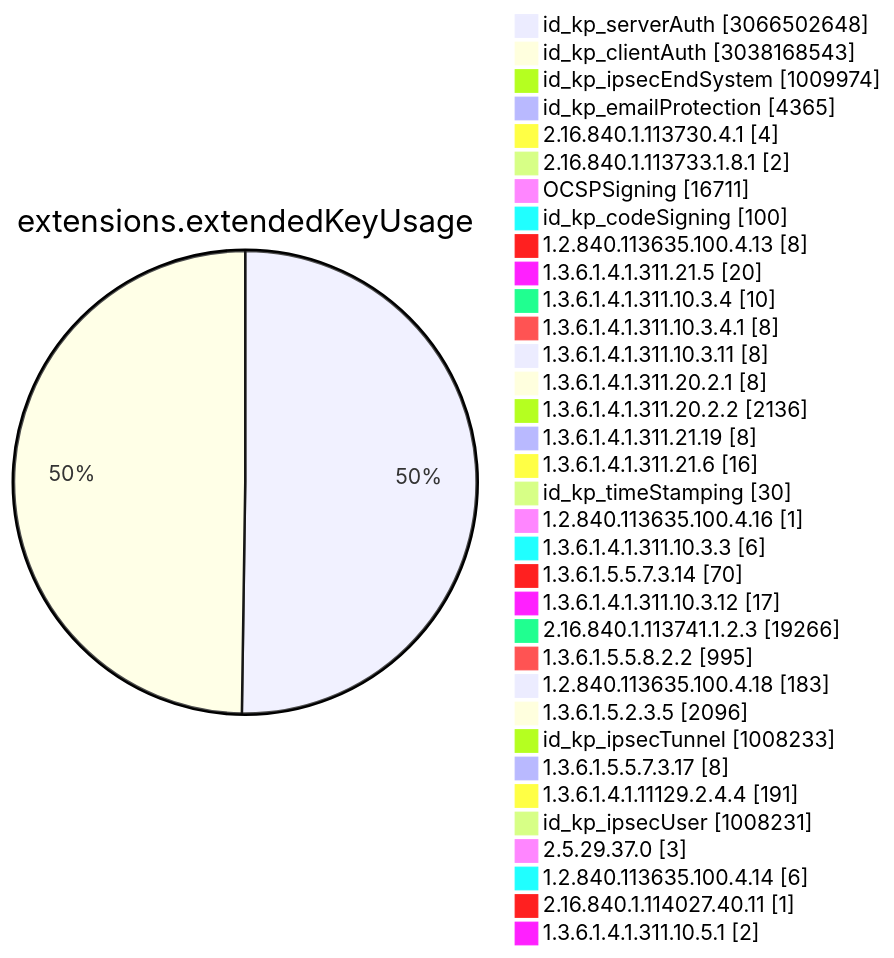
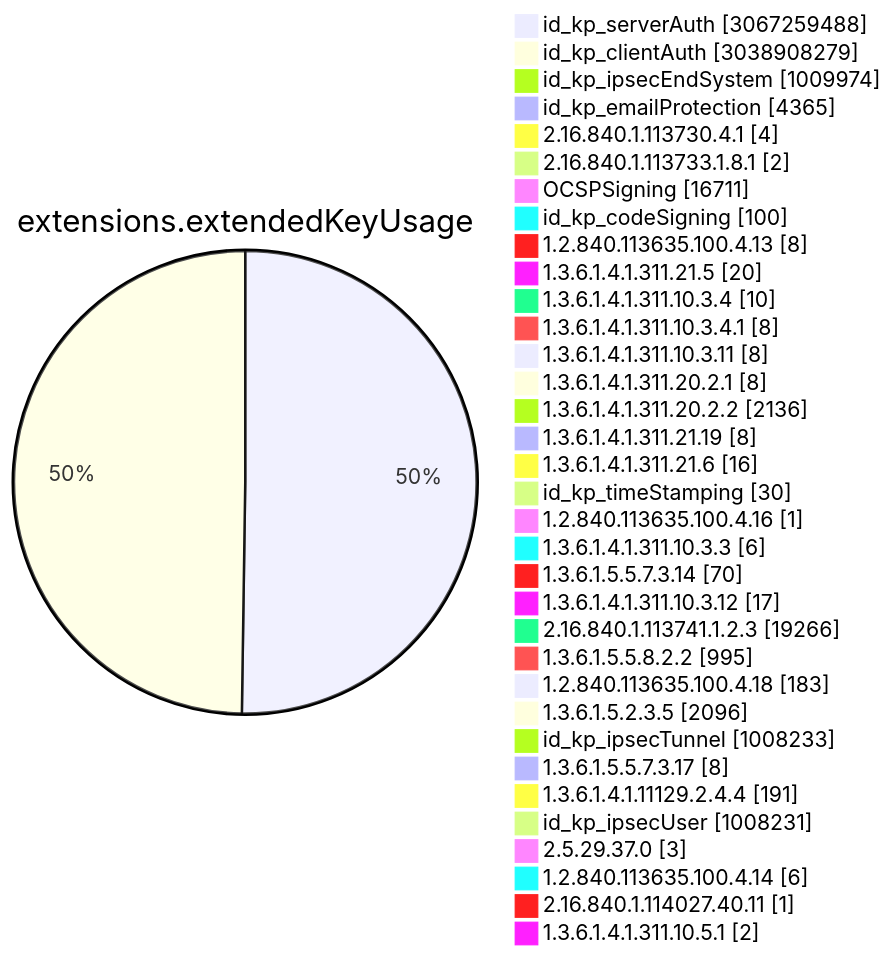
One commit to christiankrug/ctmonitor_visualization changed diagram 11 of 15 in TOTAL/README.md. Above: the diagram before and after it, drawn with Mermaid. The commit also changed other lines of this file, not shown here.

````diff
--- a/TOTAL/README.md
+++ b/TOTAL/README.md
@@ -4117,38 +4117,38 @@
 ```mermaid
 pie showData
 title extensions.extendedKeyUsage
-"id_kp_serverAuth" :3066502648
-"id_kp_clientAuth" :3038168543
+"id_kp_serverAuth" :3067259488
+"id_kp_clientAuth" :3038908279
 "id_kp_ipsecEndSystem" :1009974
 "id_kp_emailProtection" :4365
 "2.16.840.1.113730.4.1" :4
 "2.16.840.1.113733.1.8.1" :2
 "OCSPSigning" :16711
 "id_kp_codeSigning" :100
 "1.2.840.113635.100.4.13" :8
 "1.3.6.1.4.1.311.21.5" :20
 "1.3.6.1.4.1.311.10.3.4" :10
 "1.3.6.1.4.1.311.10.3.4.1" :8
 "1.3.6.1.4.1.311.10.3.11" :8
 "1.3.6.1.4.1.311.20.2.1" :8
 "1.3.6.1.4.1.311.20.2.2" :2136
 "1.3.6.1.4.1.311.21.19" :8
 "1.3.6.1.4.1.311.21.6" :16
 "id_kp_timeStamping" :30
 "1.2.840.113635.100.4.16" :1
 "1.3.6.1.4.1.311.10.3.3" :6
 "1.3.6.1.5.5.7.3.14" :70
 "1.3.6.1.4.1.311.10.3.12" :17
 "2.16.840.1.113741.1.2.3" :19266
 "1.3.6.1.5.5.8.2.2" :995
 "1.2.840.113635.100.4.18" :183
 "1.3.6.1.5.2.3.5" :2096
 "id_kp_ipsecTunnel" :1008233
 "1.3.6.1.5.5.7.3.17" :8
 "1.3.6.1.4.1.11129.2.4.4" :191
 "id_kp_ipsecUser" :1008231
 "2.5.29.37.0" :3
 "1.2.840.113635.100.4.14" :6
 "2.16.840.1.114027.40.11" :1
 "1.3.6.1.4.1.311.10.5.1" :2
 ```
````
